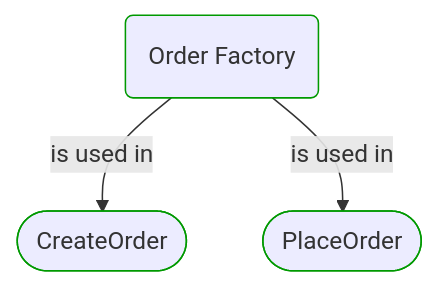
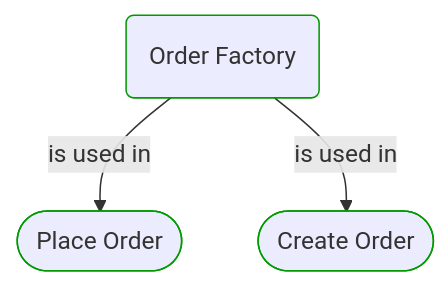
One commit to itlibrium/DDD-starter-dotnet changed the second of 2 diagrams in Docs/P3/MermaidOutput/Domain/Concepts/Sales/Orders/OrderFactory.md. Above: the diagram before and after it, drawn with Mermaid. The commit also changed other lines of this file and 51 other files, not shown here.

````diff
--- a/Docs/P3/MermaidOutput/Domain/Concepts/Sales/Orders/OrderFactory.md
+++ b/Docs/P3/MermaidOutput/Domain/Concepts/Sales/Orders/OrderFactory.md
@@ -63,14 +63,14 @@
 ```mermaid
   flowchart TB
     0(Order Factory)
     class 0 DomainPerspective
-    1([CreateOrder])
+    1([Place Order])
     class 1 DomainPerspective
     0-->|is used in|1
-    2([PlaceOrder])
+    2([Create Order])
     class 2 DomainPerspective
     0-->|is used in|2
     classDef DomainPerspective stroke:#009900
     classDef TechnologyPerspective stroke:#1F41EB
     classDef PeoplePerspective stroke:#FFF014
 ```
````
